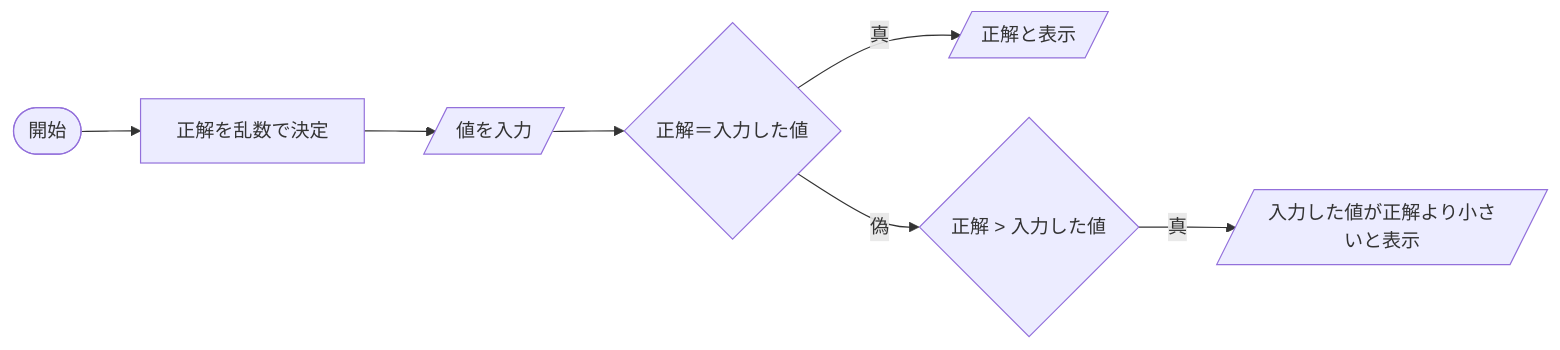
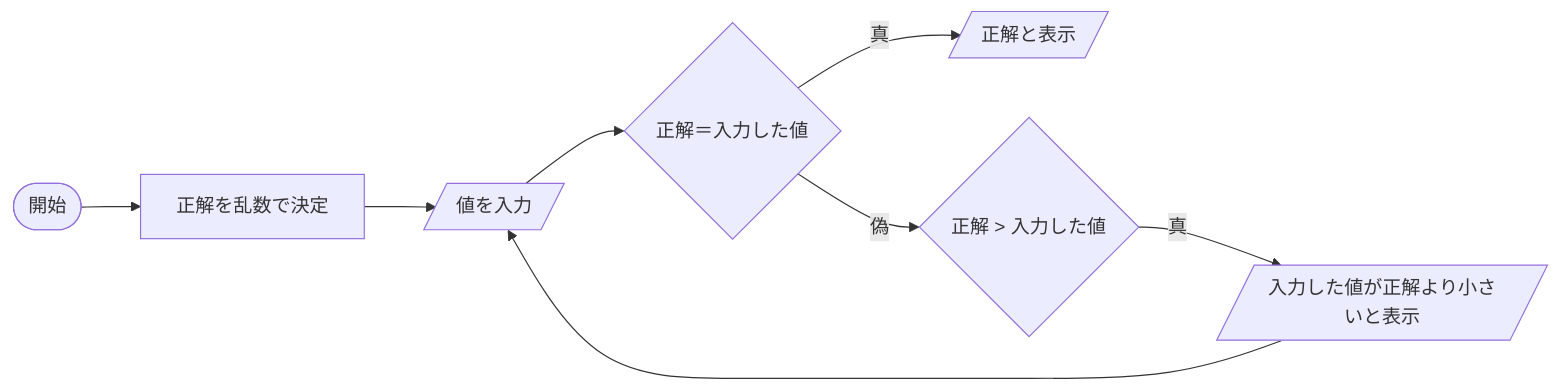
One commit to tpu-game-2022/mermaid_test changed the diagram in README.md. Above: the diagram before and after it, drawn with Mermaid.

````diff
--- a/README.md
+++ b/README.md
@@ -20,9 +20,10 @@
 ```mermaid
 flowchart LR;
   A(["開始"]) --> B["正解を乱数で決定"];
   B --> C[/"値を入力"/]
   C --> D{"正解＝入力した値"}
   D --　真 --> E[/"正解と表示"/];
   D -- 偽--> G{"正解 > 入力した値"}
   G -- 真 --> H[/"入力した値が正解より小さいと表示"/]
+  H --> C
 ```
````
